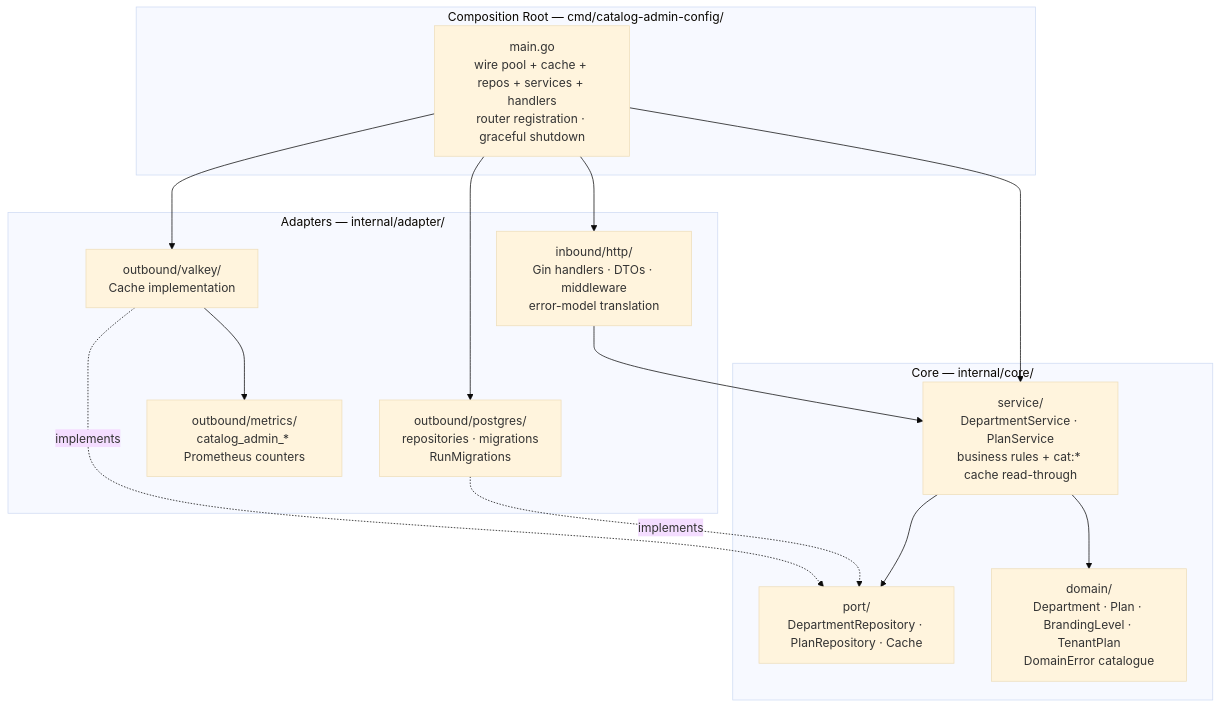
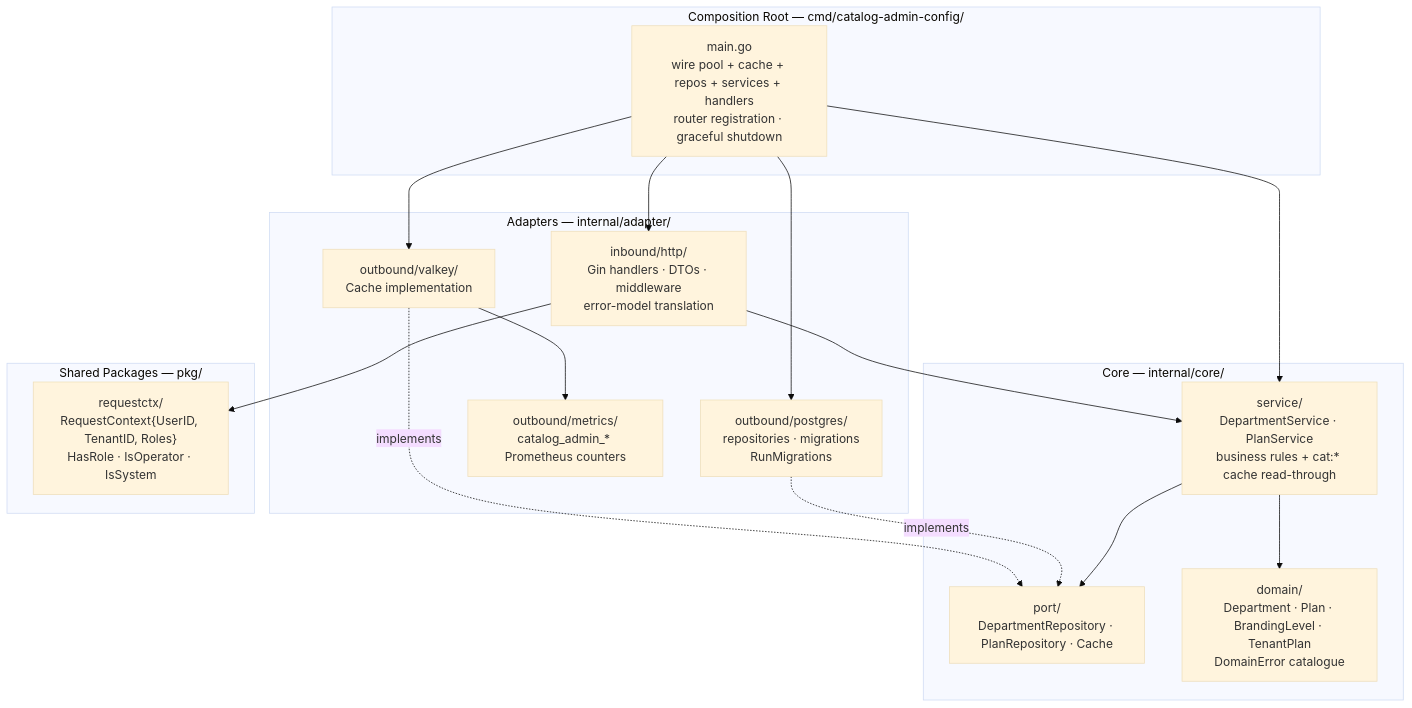
The first of 5 diagrams in ARCHITECTURE.md (BCBP-SOLUTIONS-FZC-LLC/iam-catalog-admin), drawn with Mermaid (base theme) before and after one commit. The commit also changed other lines of this file and 81 other files, not shown here.

````diff
--- a/ARCHITECTURE.md
+++ b/ARCHITECTURE.md
@@ -9,28 +17,32 @@
 ```mermaid
 graph TD
     subgraph cmd["Composition Root — cmd/catalog-admin-config/"]
         main["main.go\nwire pool + cache + repos + services + handlers\nrouter registration · graceful shutdown"]
     end
     subgraph core["Core — internal/core/"]
         service["service/\nDepartmentService · PlanService\nbusiness rules + cat:* cache read-through"]
         port["port/\nDepartmentRepository · PlanRepository · Cache"]
         domain["domain/\nDepartment · Plan · BrandingLevel · TenantPlan\nDomainError catalogue"]
     end
     subgraph adapter["Adapters — internal/adapter/"]
         http["inbound/http/\nGin handlers · DTOs · middleware\nerror-model translation"]
         pg["outbound/postgres/\nrepositories · migrations\nRunMigrations"]
         valkey["outbound/valkey/\nCache implementation"]
         metrics["outbound/metrics/\ncatalog_admin_* Prometheus counters"]
     end
+    subgraph pkg["Shared Packages — pkg/"]
+        requestctx["requestctx/\nRequestContext{UserID, TenantID, Roles}\nHasRole · IsOperator · IsSystem"]
+    end
 
     main --> http
     main --> pg
     main --> valkey
     main --> service
     http --> service
+    http --> requestctx
     service --> port
     service --> domain
     pg -.implements.-> port
     valkey -.implements.-> port
     valkey --> metrics
 ```
````
